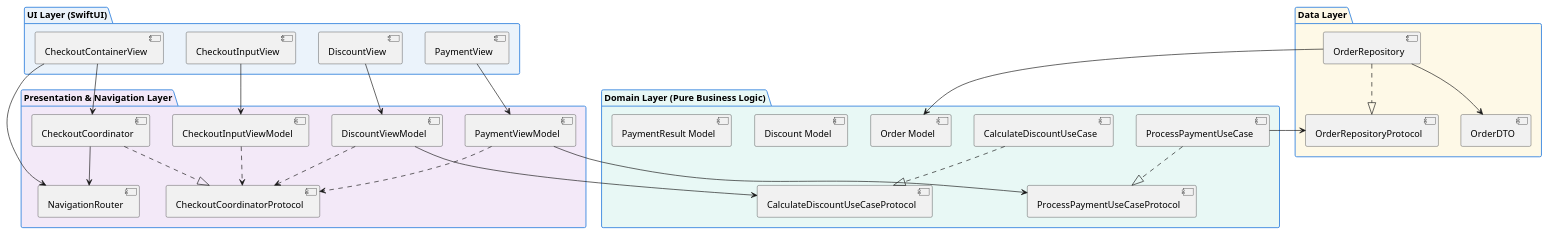
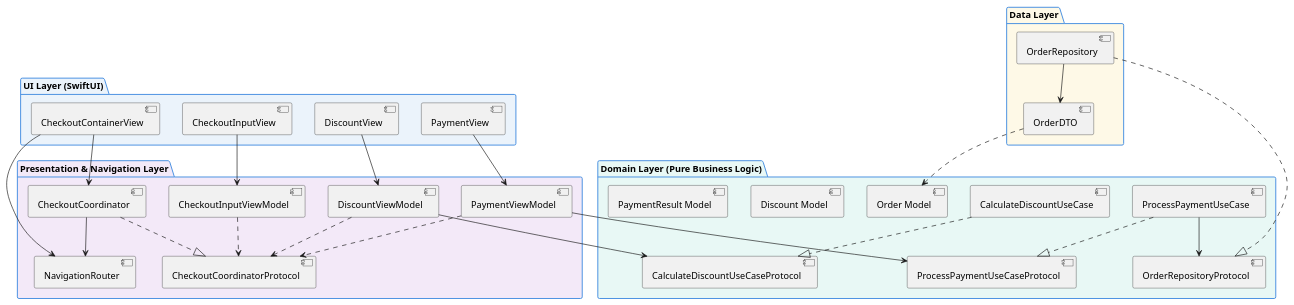
Before and after one commit to lwrnczeng/MVVMC-Blueprint: the diagram in Diagrams/01_layer_dependencies.puml, drawn with PlantUML. The commit also changed 2605 other files, not shown here.

```diff
--- a/Diagrams/01_layer_dependencies.puml
+++ b/Diagrams/01_layer_dependencies.puml
@@ -1,62 +1,62 @@
 @startuml LayerDependencies
 skinparam packageBackgroundColor #F8F9FA
 skinparam packageBorderColor #4A90E2
 
 package "UI Layer (SwiftUI)" #EBF3FB {
     [CheckoutContainerView]
     [CheckoutInputView]
     [DiscountView]
     [PaymentView]
 }
 
 package "Presentation & Navigation Layer" #F3E9F8 {
     [NavigationRouter]
     [CheckoutCoordinator]
     [CheckoutCoordinatorProtocol] as CoordProto
     [CheckoutInputViewModel]
     [DiscountViewModel]
     [PaymentViewModel]
 }
 
 package "Domain Layer (Pure Business Logic)" #E8F8F5 {
+    [OrderRepositoryProtocol] as RepoProto
     [CalculateDiscountUseCaseProtocol] as CalcUseCaseProto
     [ProcessPaymentUseCaseProtocol] as PayUseCaseProto
     [CalculateDiscountUseCase]
     [ProcessPaymentUseCase]
     [Order Model] as Order
     [Discount Model] as Discount
     [PaymentResult Model] as PaymentResult
 }
 
 package "Data Layer" #FEF9E7 {
-    [OrderRepositoryProtocol] as RepoProto
     [OrderRepository]
     [OrderDTO]
 }
 
 ' Relationships
 [CheckoutContainerView] --> [NavigationRouter]
 [CheckoutContainerView] --> [CheckoutCoordinator]
 [CheckoutInputView] --> [CheckoutInputViewModel]
 [DiscountView] --> [DiscountViewModel]
 [PaymentView] --> [PaymentViewModel]
 
 [CheckoutInputViewModel] ..> CoordProto
 [DiscountViewModel] ..> CoordProto
 [PaymentViewModel] ..> CoordProto
 
 [CheckoutCoordinator] ..|> CoordProto
 [CheckoutCoordinator] --> [NavigationRouter]
 
 [DiscountViewModel] --> CalcUseCaseProto
 [PaymentViewModel] --> PayUseCaseProto
 
 [CalculateDiscountUseCase] ..|> CalcUseCaseProto
 [ProcessPaymentUseCase] ..|> PayUseCaseProto
 [ProcessPaymentUseCase] --> RepoProto
 
 [OrderRepository] ..|> RepoProto
 [OrderRepository] --> [OrderDTO]
-[OrderRepository] --> Order
+[OrderDTO] ..> Order
 
 @enduml
```
